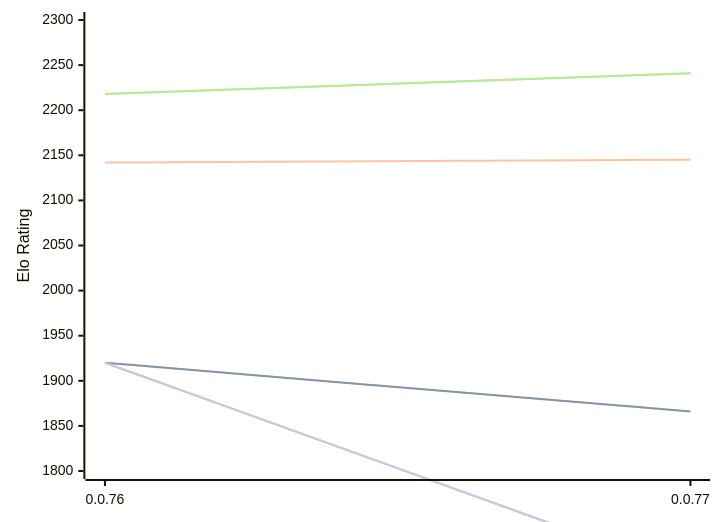
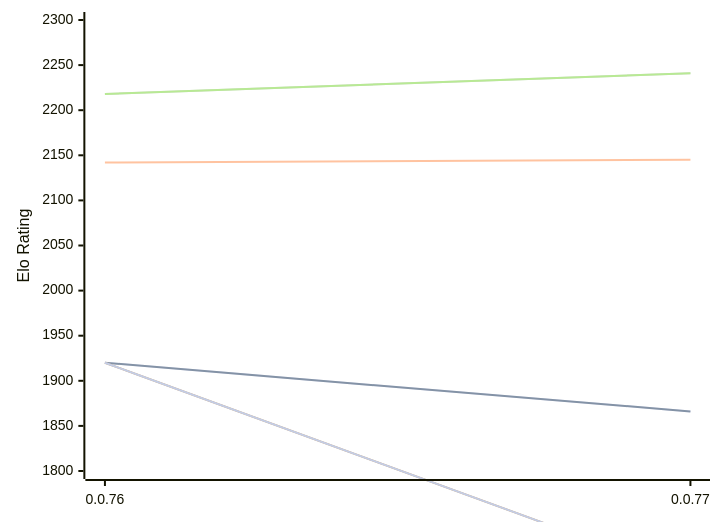
The diagram in engines/Fktb.md (computer-chess-index/cci), drawn with Mermaid before and after one commit. The commit also changed other lines of this file, not shown here.

````diff
--- a/engines/Fktb.md
+++ b/engines/Fktb.md
@@ -48,13 +48,13 @@
 ```mermaid
 %%{init: {"theme":"base","themeVariables":{"seriesColors:['#a3a3a3','#222221','#faa371']}}}%%
 xychart-beta
   x-axis ["0.0.76", "0.0.77"]
   y-axis "Elo Rating" 1800 --> 2300
   line "" [1920, 1866]
   line "T1: STC (8.0+0.08s)" [1920, 1866]
   line "T1: LTC (60.0+0.60s)" [2142, 2145]
   line "" [2218, 2241]
   line "T1: VLTC (2m24s+1.12s)" [2218, 2241]
-  line "" [1920,1686]
-  line "E1: STC (8.0+0.08s)" [1920,1686]
+  line "" [1920,1683]
+  line "E1: STC (8.0+0.08s)" [1920,1683]
 ```
````
